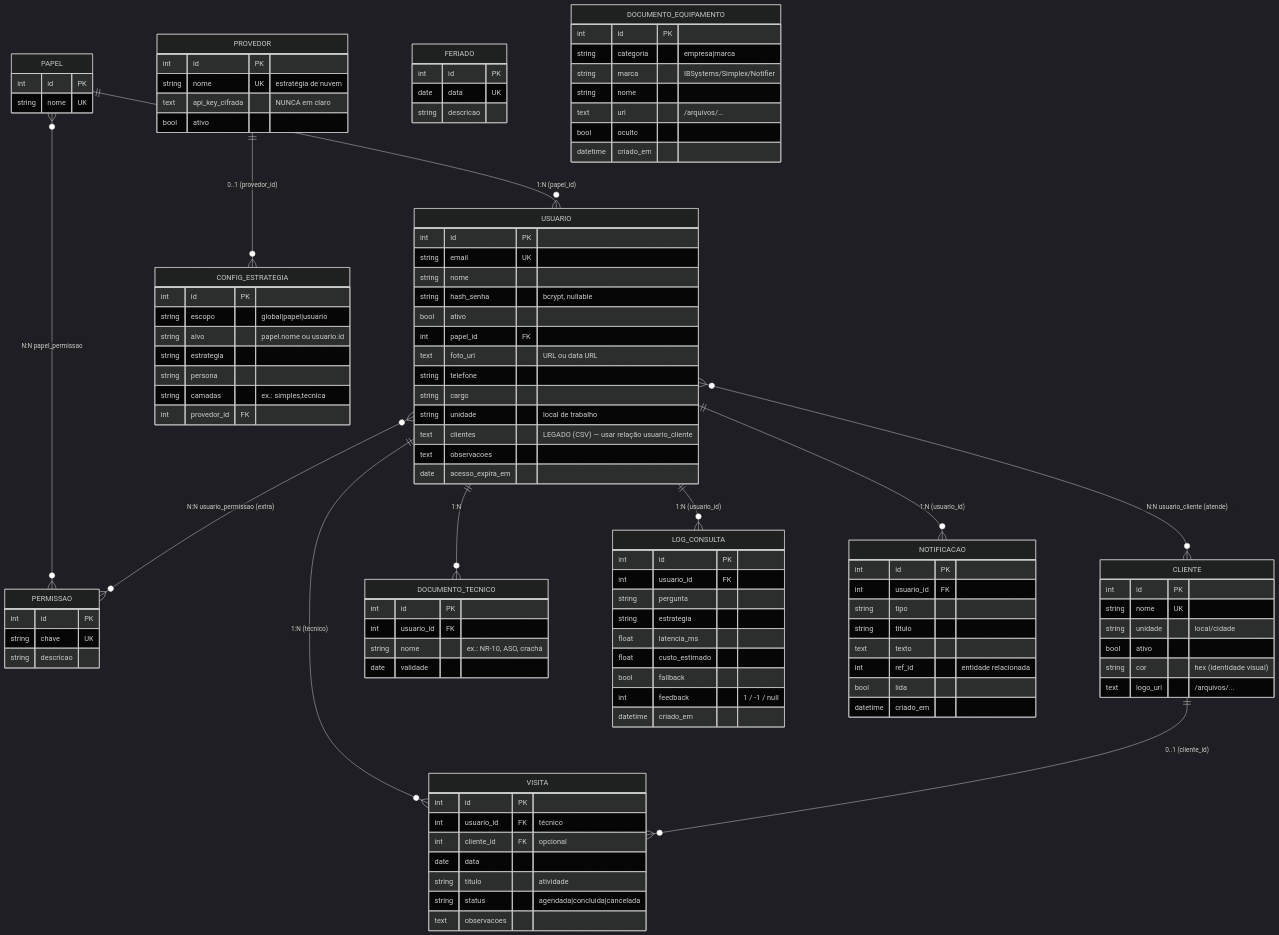
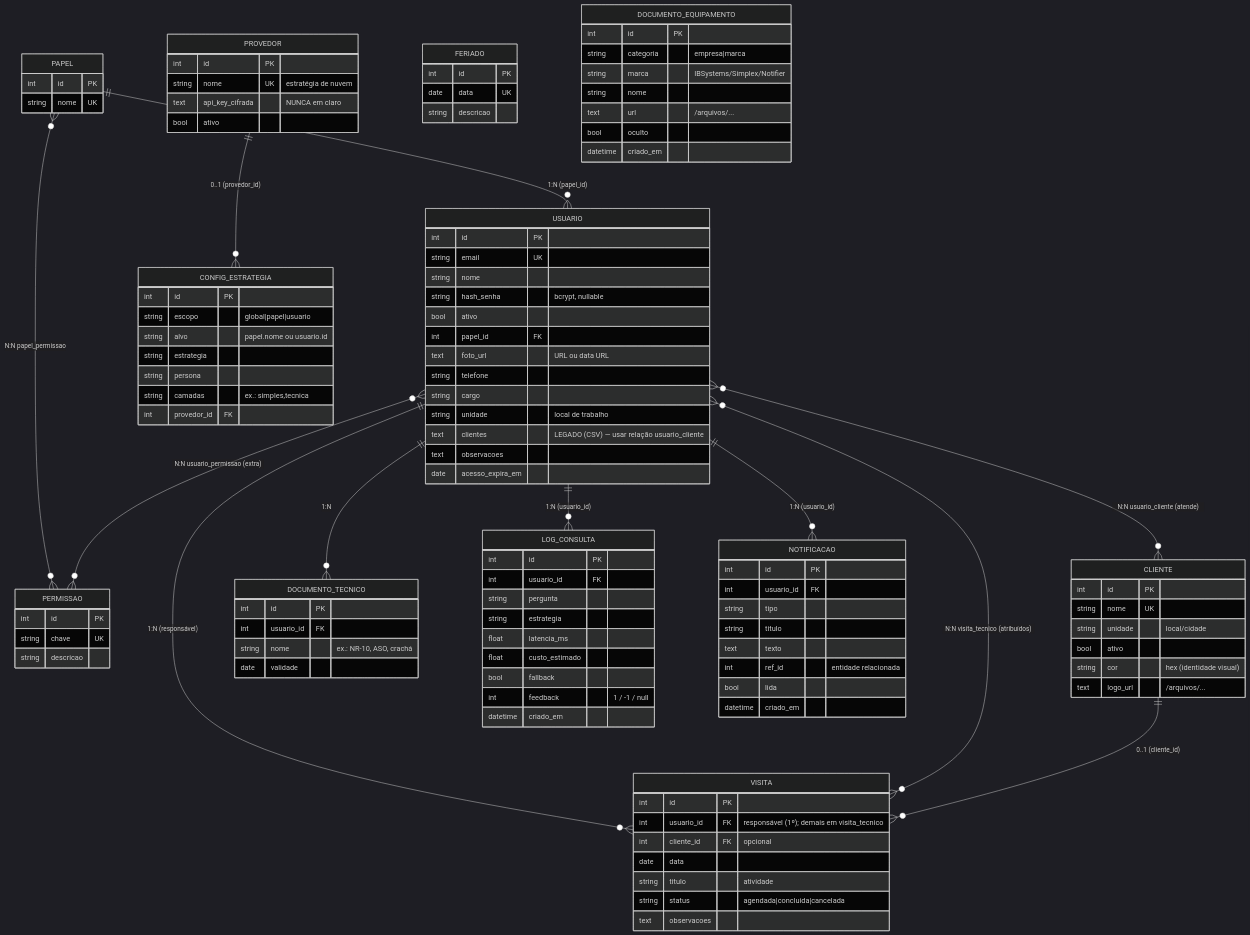
One commit to caiquemiranda/RAG-Simplex changed the diagram in docs/MODELO_DADOS.md. Above: the diagram before and after it, drawn with Mermaid (dark theme). The commit also changed other lines of this file and 10 other files, not shown here.

First line of the commit message:
feat(#CR8): múltiplos técnicos por atividade (Visita N:N visita_tecnico)

```diff
--- a/docs/MODELO_DADOS.md
+++ b/docs/MODELO_DADOS.md
@@ -15,7 +15,8 @@
   USUARIO }o--o{ CLIENTE : "N:N usuario_cliente (atende)"
   USUARIO ||--o{ DOCUMENTO_TECNICO : "1:N"
   USUARIO ||--o{ LOG_CONSULTA : "1:N (usuario_id)"
-  USUARIO ||--o{ VISITA : "1:N (técnico)"
+  USUARIO ||--o{ VISITA : "1:N (responsável)"
+  USUARIO }o--o{ VISITA : "N:N visita_tecnico (atribuídos)"
   CLIENTE ||--o{ VISITA : "0..1 (cliente_id)"
   USUARIO ||--o{ NOTIFICACAO : "1:N (usuario_id)"
   PROVEDOR ||--o{ CONFIG_ESTRATEGIA : "0..1 (provedor_id)"
@@ -54,7 +55,7 @@
   }
   VISITA {
     int id PK
-    int usuario_id FK "técnico"
+    int usuario_id FK "responsável (1º); demais em visita_tecnico"
     int cliente_id FK "opcional"
     date data
     string titulo "atividade"
```
